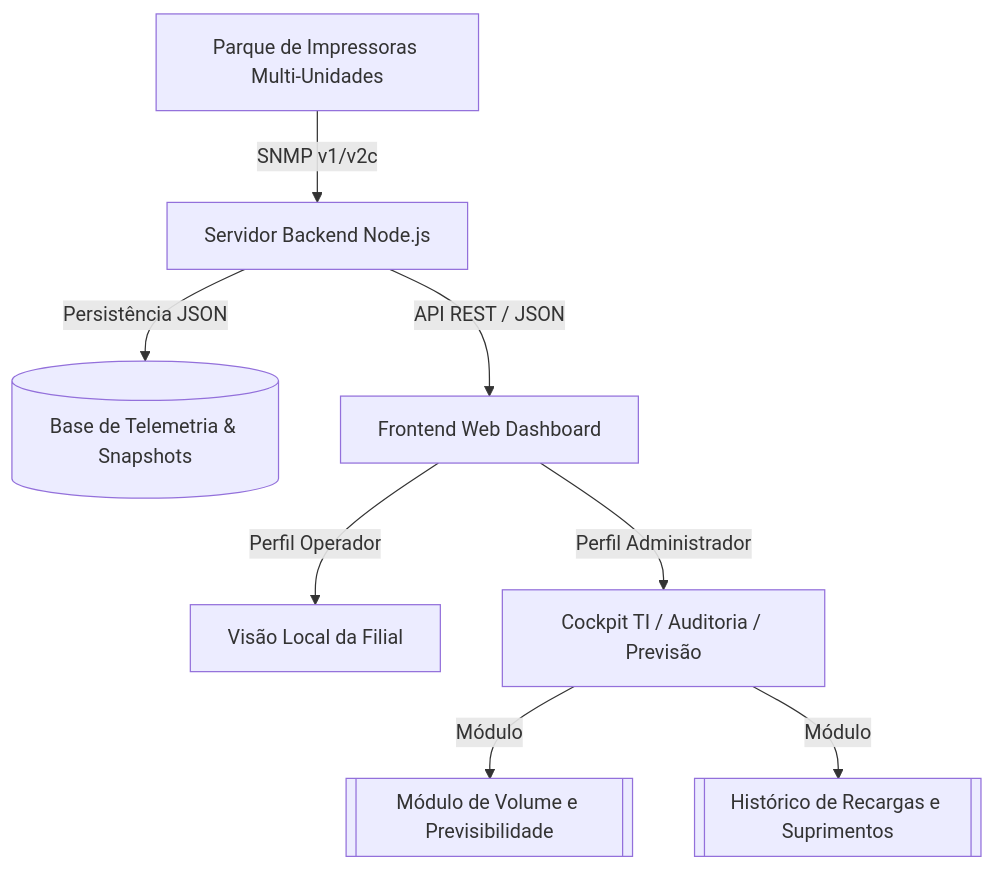
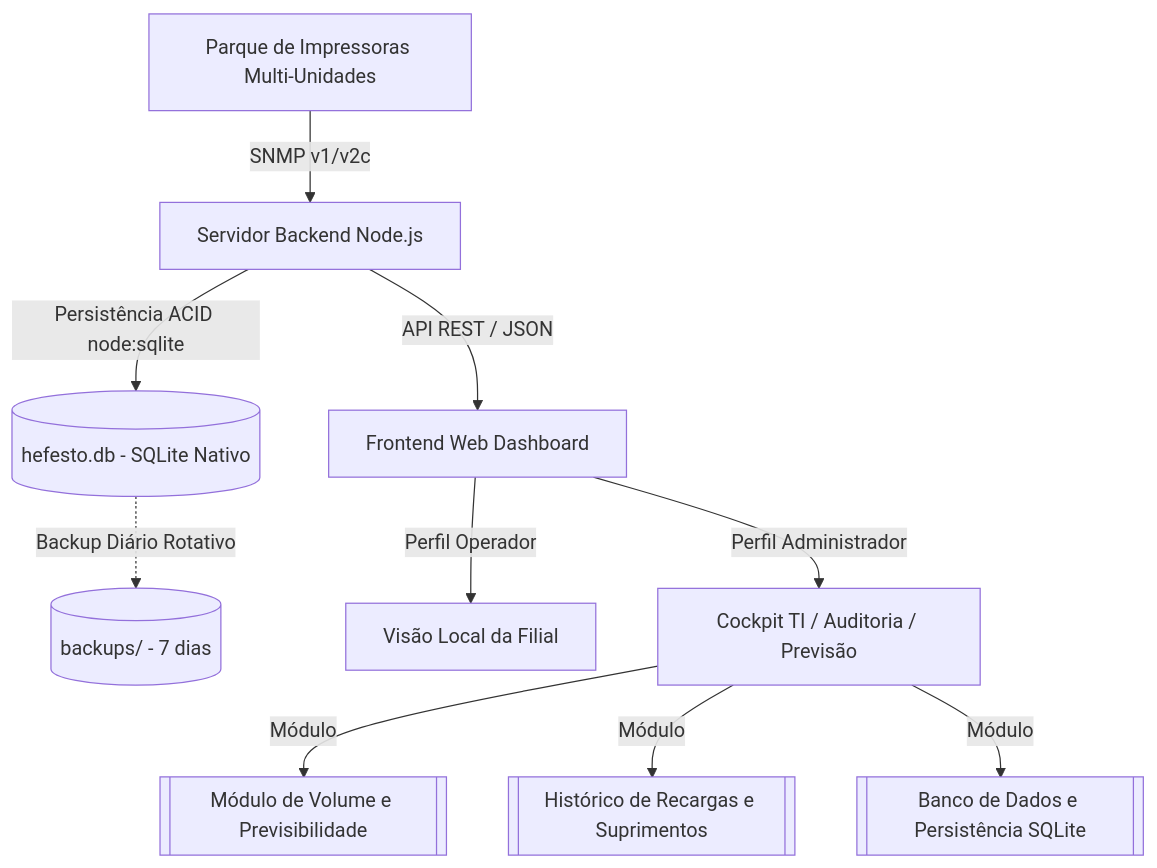
Before and after one commit to SaruAkaza/Hefesto-Print-Monitor: the diagram in Projeto Hefesto.md, drawn with Mermaid. The commit also changed other lines of this file and 7 other files, not shown here.

Commit message:
docs(obsidian): documenta migracao para SQLite nativo, motor de assertividade maxima e novos endpoints

````diff
--- a/Projeto Hefesto.md
+++ b/Projeto Hefesto.md
@@ -15,10 +15,12 @@
 ```mermaid
 graph TD
     A[Parque de Impressoras Multi-Unidades] -->|SNMP v1/v2c| B[Servidor Backend Node.js]
-    B -->|Persistência JSON| C[(Base de Telemetria & Snapshots)]
+    B -->|Persistência ACID node:sqlite| C[(hefesto.db - SQLite Nativo)]
+    C -.->|Backup Diário Rotativo| CB[(backups/ - 7 dias)]
     B -->|API REST / JSON| D[Frontend Web Dashboard]
     D -->|Perfil Operador| E[Visão Local da Filial]
     D -->|Perfil Administrador| F[Cockpit TI / Auditoria / Previsão]
     F -->|Módulo| G[[Módulo de Volume e Previsibilidade]]
     F -->|Módulo| H[[Histórico de Recargas e Suprimentos]]
+    F -->|Módulo| BD[[Banco de Dados e Persistência SQLite]]
 ```
````
